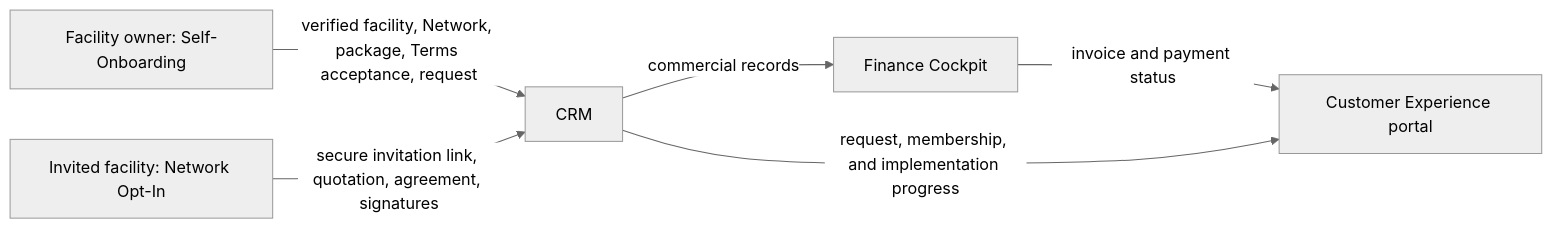
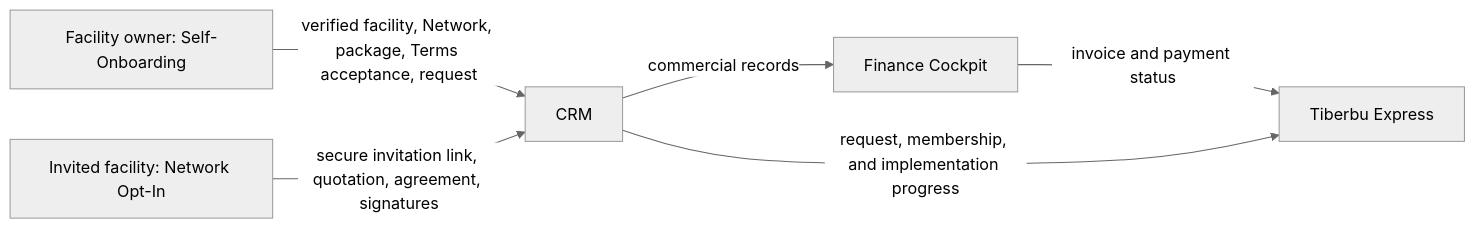
Before and after one commit to tiberbu/crm: the diagram in docs/user-guides/README.md, drawn with Mermaid (neutral theme). The commit also changed other lines of this file and 7 other files, not shown here.

Commit message:
docs: Tiberbu Express naming, landing page settings and design brief

````diff
--- a/docs/user-guides/README.md
+++ b/docs/user-guides/README.md
@@ -7,8 +7,8 @@
 ```mermaid
 flowchart LR
   A[Facility owner: Self-Onboarding] -->|verified facility, Network, package, Terms acceptance, request| B[CRM]
   I[Invited facility: Network Opt-In] -->|secure invitation link, quotation, agreement, signatures| B
   B -->|commercial records| C[Finance Cockpit]
-  C -->|invoice and payment status| D[Customer Experience portal]
+  C -->|invoice and payment status| D[Tiberbu Express]
   B -->|request, membership, and implementation progress| D
 ```
````
